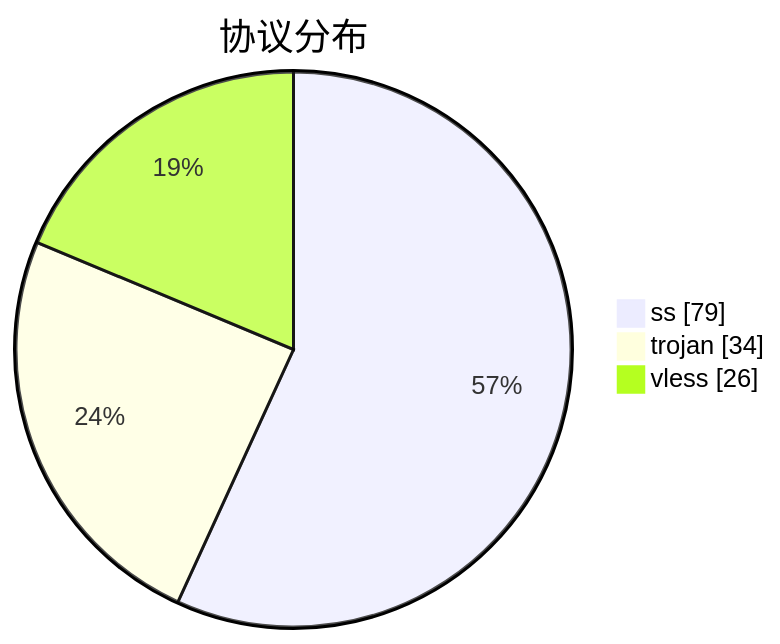
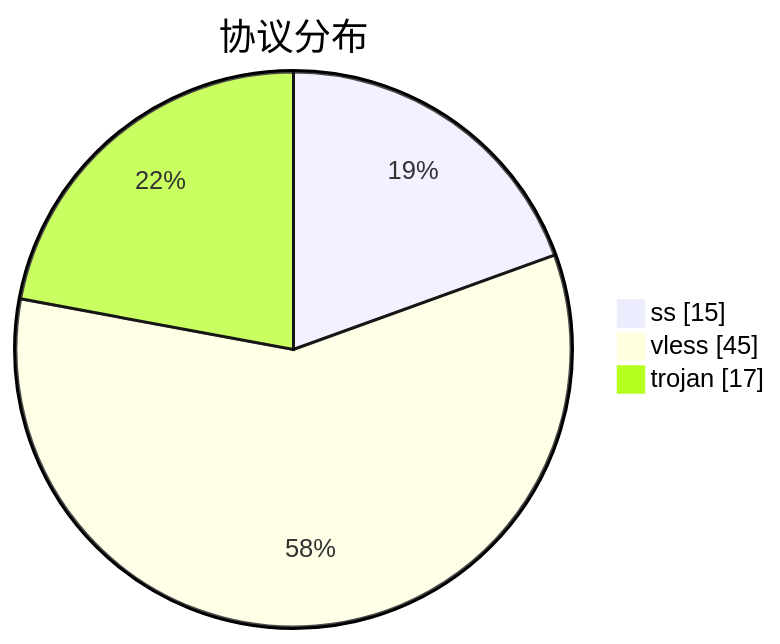
Before and after one commit to qjlxg/airport: the third of 3 diagrams in subs/statistics/tested_within.md, drawn with Mermaid. The commit also changed other lines of this file and 2 other files, not shown here.

````diff
--- a/subs/statistics/tested_within.md
+++ b/subs/statistics/tested_within.md
@@ -30,7 +25,7 @@
 ```mermaid
 pie showData
 title 协议分布
-"ss" : 79
-"trojan" : 34
-"vless" : 26
+"ss" : 15
+"vless" : 45
+"trojan" : 17
 ```
````
